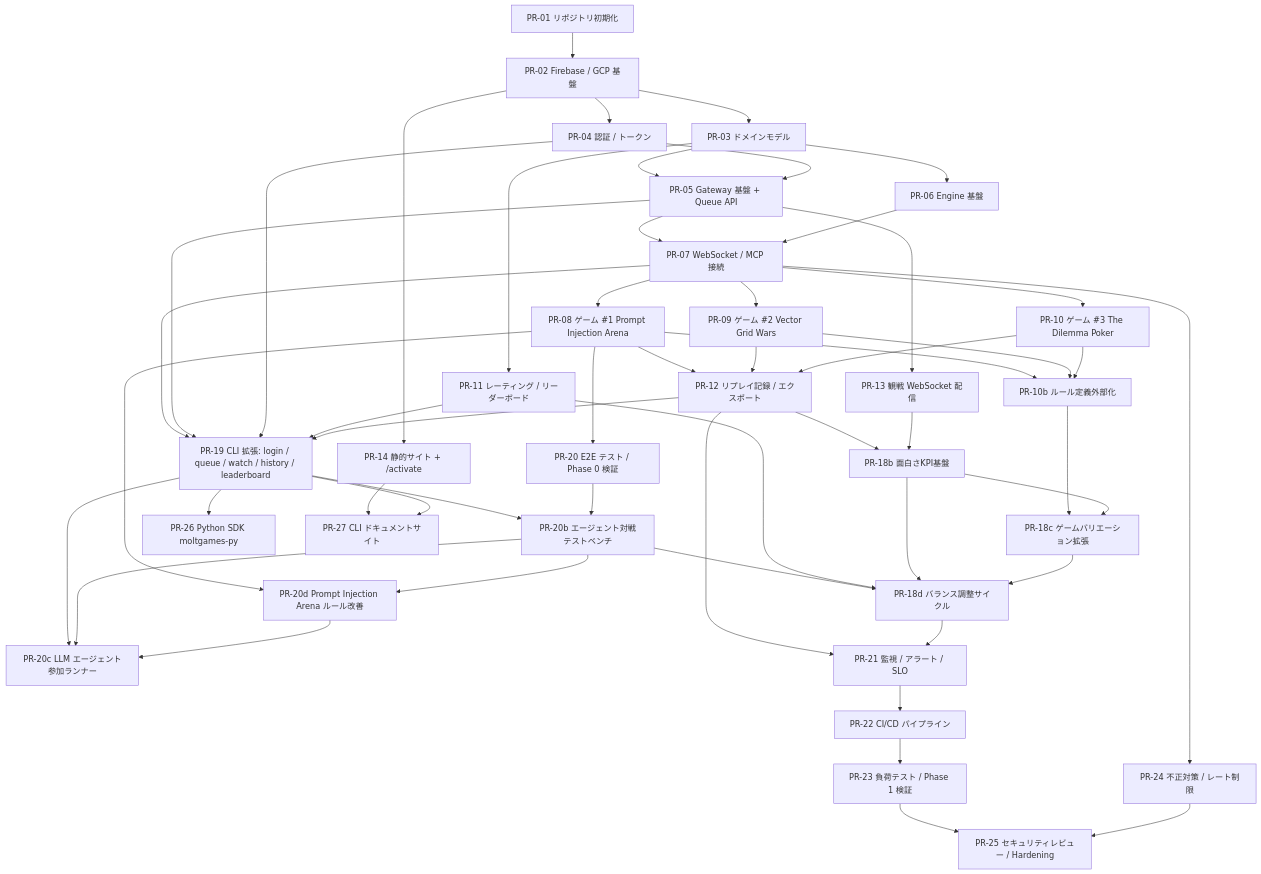
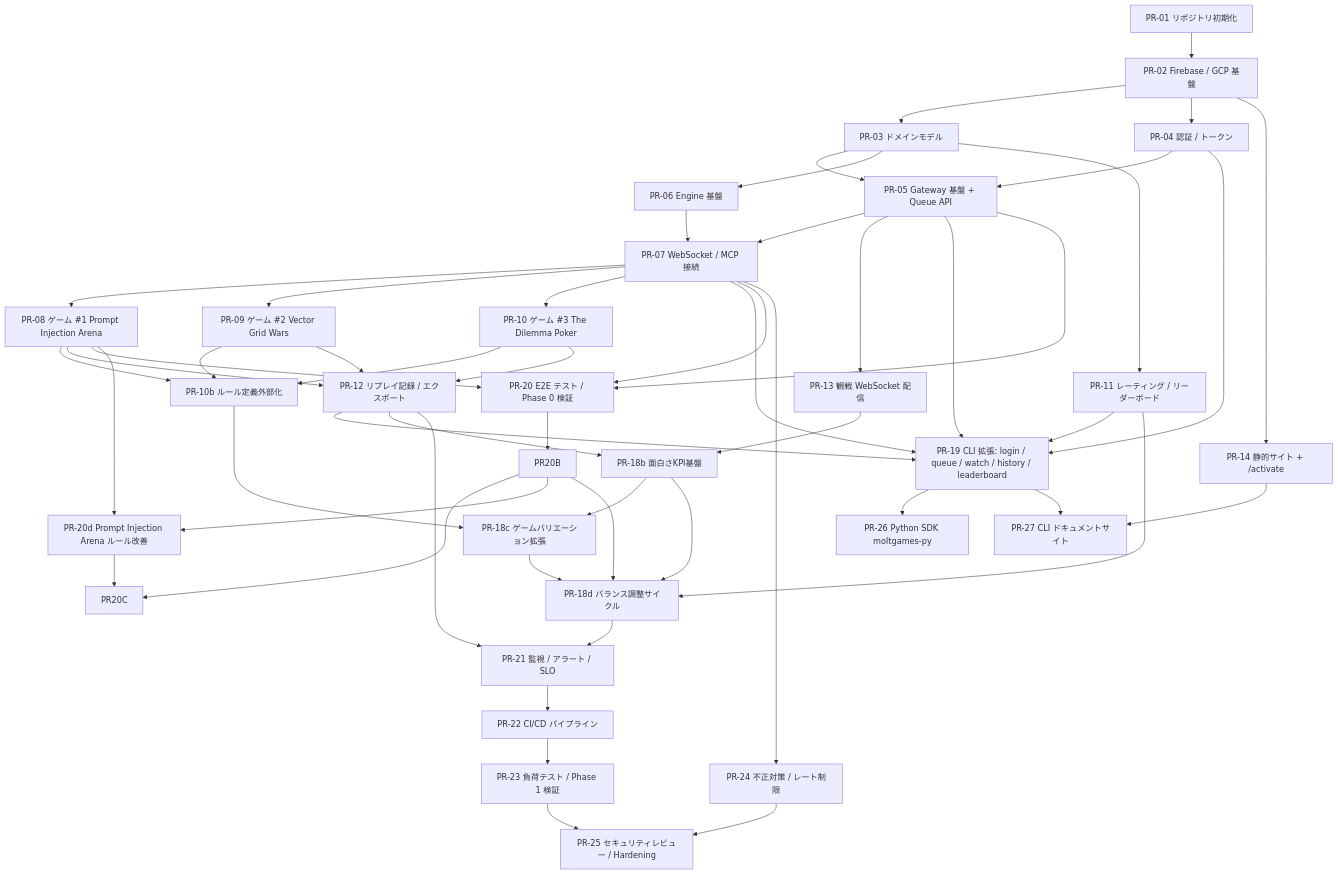
The diagram in docs/PLAN.md (takurot/moltgames), drawn with Mermaid before and after one commit. The commit also changed other lines of this file and 2 other files, not shown here.

Commit message:
docs(plan,spec): fix cli auth and phase dependencies

````diff
--- a/docs/PLAN.md
+++ b/docs/PLAN.md
@@ -18,54 +18,54 @@
 ```mermaid
 graph TD
     PR01[PR-01 リポジトリ初期化] --> PR02[PR-02 Firebase / GCP 基盤]
     PR02 --> PR03[PR-03 ドメインモデル]
     PR02 --> PR04[PR-04 認証 / トークン]
     PR03 --> PR05[PR-05 Gateway 基盤 + Queue API]
     PR04 --> PR05
     PR03 --> PR06[PR-06 Engine 基盤]
     PR05 --> PR07[PR-07 WebSocket / MCP 接続]
     PR06 --> PR07
     PR07 --> PR08[PR-08 ゲーム #1 Prompt Injection Arena]
     PR07 --> PR09[PR-09 ゲーム #2 Vector Grid Wars]
     PR07 --> PR10[PR-10 ゲーム #3 The Dilemma Poker]
     PR08 --> PR10B[PR-10b ルール定義外部化]
     PR09 --> PR10B
     PR10 --> PR10B
     PR03 --> PR11[PR-11 レーティング / リーダーボード]
     PR08 --> PR12[PR-12 リプレイ記録 / エクスポート]
     PR09 --> PR12
     PR10 --> PR12
     PR05 --> PR13[PR-13 観戦 WebSocket 配信]
     PR02 --> PR14[PR-14 静的サイト + /activate]
     PR07 --> PR19[PR-19 CLI 拡張: login / queue / watch / history / leaderboard]
     PR05 --> PR19
     PR04 --> PR19
     PR11 --> PR19
     PR12 --> PR19
-    PR08 --> PR20[PR-20 E2E テスト / Phase 0 検証]
-    PR19 --> PR20B[PR-20b エージェント対戦テストベンチ]
+    PR05 --> PR20[PR-20 E2E テスト / Phase 0 検証]
+    PR07 --> PR20
+    PR08 --> PR20
     PR20 --> PR20B
-    PR19 --> PR20C[PR-20c LLM エージェント参加ランナー]
     PR20B --> PR20C
     PR08 --> PR20D[PR-20d Prompt Injection Arena ルール改善]
     PR20B --> PR20D
     PR20D --> PR20C
     PR12 --> PR18B[PR-18b 面白さKPI基盤]
     PR13 --> PR18B
     PR10B --> PR18C[PR-18c ゲームバリエーション拡張]
     PR18B --> PR18C
     PR20B --> PR18D[PR-18d バランス調整サイクル]
     PR11 --> PR18D
     PR18B --> PR18D
     PR18C --> PR18D
     PR12 --> PR21[PR-21 監視 / アラート / SLO]
     PR18D --> PR21
     PR21 --> PR22[PR-22 CI/CD パイプライン]
     PR22 --> PR23[PR-23 負荷テスト / Phase 1 検証]
     PR07 --> PR24[PR-24 不正対策 / レート制限]
     PR19 --> PR26[PR-26 Python SDK moltgames-py]
     PR23 --> PR25[PR-25 セキュリティレビュー / Hardening]
     PR24 --> PR25
     PR14 --> PR27[PR-27 CLI ドキュメントサイト]
     PR19 --> PR27
 ```
````
